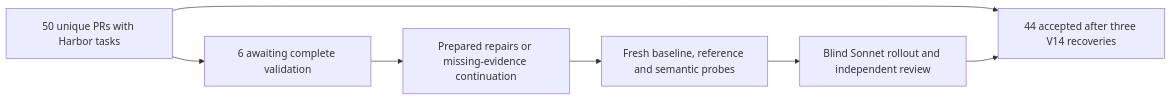
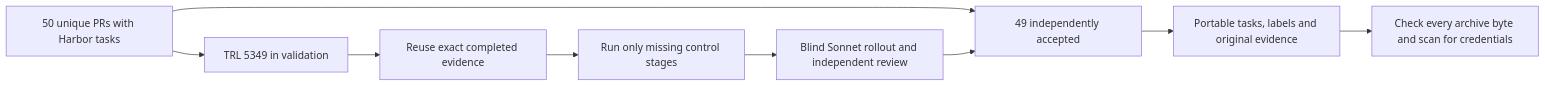
The first of 2 diagrams in docs/pipelines/tasksmith_scale50.md (huggingface/Repo2RLEnv), drawn with Mermaid before and after one commit. The commit also changed other lines of this file, not shown here.

Commit message:
docs(tasksmith): record 49 independently accepted task packages

````diff
--- a/docs/pipelines/tasksmith_scale50.md
+++ b/docs/pipelines/tasksmith_scale50.md
@@ -29,9 +25,11 @@
 ```mermaid
 flowchart LR
-    G[50 unique PRs with Harbor tasks] --> A[44 accepted after three V14 recoveries]
-    G --> H[6 awaiting complete validation]
-    H --> R[Prepared repairs or missing-evidence continuation]
-    R --> C[Fresh baseline, reference and semantic probes]
+    G[50 unique PRs with Harbor tasks] --> A[49 independently accepted]
+    G --> H[TRL 5349 in validation]
+    H --> R[Reuse exact completed evidence]
+    R --> C[Run only missing control stages]
     C --> S[Blind Sonnet rollout and independent review]
     S --> A
+    A --> D[Portable tasks, labels and original evidence]
+    D --> V[Check every archive byte and scan for credentials]
 ```
````
